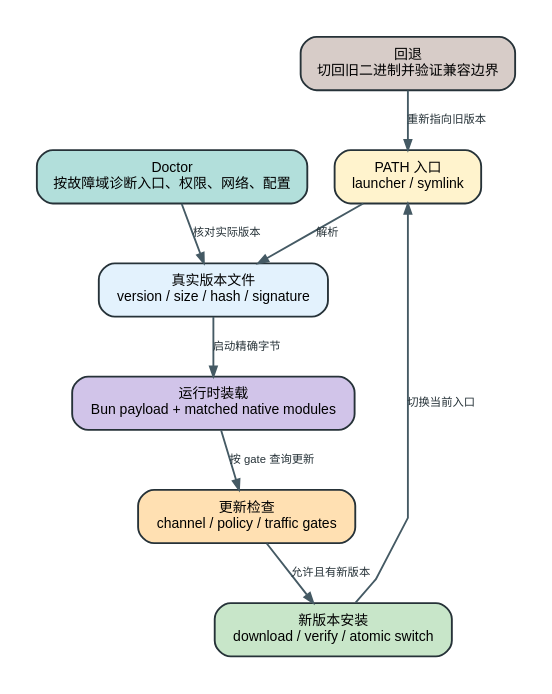
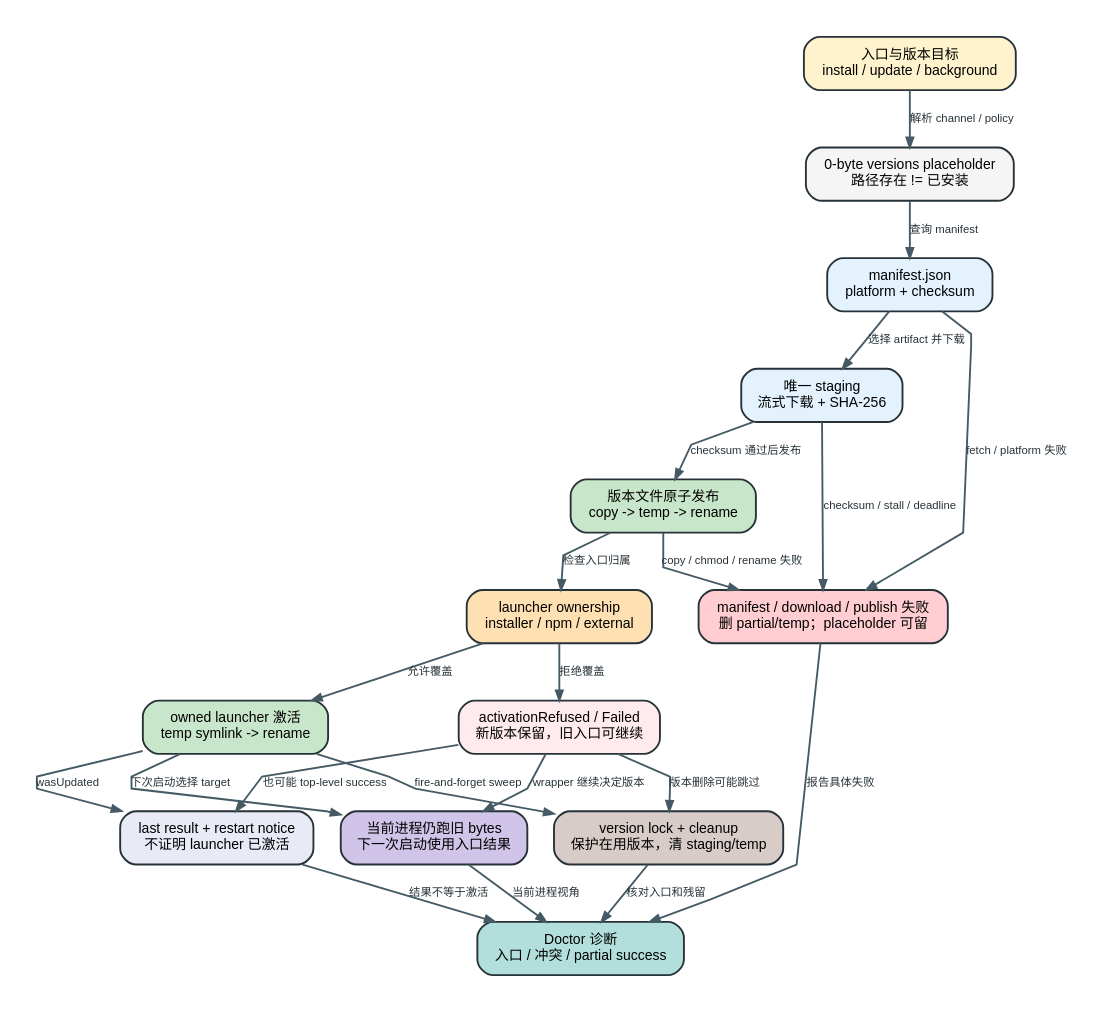
One commit to SwallOwDili/claudecodecli-sourcecode changed the diagram in analysis/visuals/release-lifecycle.dot. Above: the diagram before and after it, drawn with Graphviz. The commit also changed 16 other files, not shown here.

```diff
--- a/analysis/visuals/release-lifecycle.dot
+++ b/analysis/visuals/release-lifecycle.dot
@@ -1,21 +1,40 @@
 digraph release_lifecycle {
-  graph [rankdir=TB, bgcolor="#ffffff", pad="0.28", nodesep="0.28", ranksep="0.48", splines=polyline, fontname="Arial, PingFang SC, Microsoft YaHei"];
+  graph [rankdir=TB, bgcolor="#ffffff", pad="0.28", nodesep="0.28", ranksep="0.46", splines=polyline, fontname="Arial, PingFang SC, Microsoft YaHei"];
   node [shape=box, style="rounded,filled", color="#263238", penwidth=1.4, margin="0.16,0.11", fontname="Arial, PingFang SC, Microsoft YaHei", fontsize=10.5];
   edge [color="#455a64", penwidth=1.4, arrowsize=0.75, fontname="Arial, PingFang SC, Microsoft YaHei", fontsize=8.5, fontcolor="#263238"];
 
-  entry [label="PATH 入口\nlauncher / symlink", fillcolor="#fff3cd"];
-  resolved [label="真实版本文件\nversion / size / hash / signature", fillcolor="#e3f2fd"];
-  run [label="运行时装载\nBun payload + matched native modules", fillcolor="#d1c4e9"];
-  check [label="更新检查\nchannel / policy / traffic gates", fillcolor="#ffe0b2"];
-  install [label="新版本安装\ndownload / verify / atomic switch", fillcolor="#c8e6c9"];
-  doctor [label="Doctor\n按故障域诊断入口、权限、网络、配置", fillcolor="#b2dfdb"];
-  rollback [label="回退\n切回旧二进制并验证兼容边界", fillcolor="#d7ccc8"];
+  entry [label="入口与版本目标\ninstall / update / background", fillcolor="#fff3cd"];
+  placeholder [label="0-byte versions placeholder\n路径存在 != 已安装", fillcolor="#f5f5f5"];
+  manifest [label="manifest.json\nplatform + checksum", fillcolor="#e3f2fd"];
+  staging [label="唯一 staging\n流式下载 + SHA-256", fillcolor="#e3f2fd"];
+  reject [label="manifest / download / publish 失败\n删 partial/temp；placeholder 可留", fillcolor="#ffcdd2"];
+  publish [label="版本文件原子发布\ncopy -> temp -> rename", fillcolor="#c8e6c9"];
+  ownership [label="launcher ownership\ninstaller / npm / external", fillcolor="#ffe0b2"];
+  activate [label="owned launcher 激活\ntemp symlink -> rename", fillcolor="#c8e6c9"];
+  preserve [label="activationRefused / Failed\n新版本保留，旧入口可继续", fillcolor="#ffebee"];
+  running [label="当前进程仍跑旧 bytes\n下一次启动使用入口结果", fillcolor="#d1c4e9"];
+  outcome [label="last result + restart notice\n不证明 launcher 已激活", fillcolor="#e8eaf6"];
+  cleanup [label="version lock + cleanup\n保护在用版本，清 staging/temp", fillcolor="#d7ccc8"];
+  doctor [label="Doctor 诊断\n入口 / 冲突 / partial success", fillcolor="#b2dfdb"];
 
-  entry -> resolved [label="解析"];
-  resolved -> run [label="启动精确字节"];
-  run -> check [label="按 gate 查询更新"];
-  check -> install [label="允许且有新版本"];
-  install -> entry [label="切换当前入口"];
-  doctor -> resolved [label="核对实际版本"];
-  rollback -> entry [label="重新指向旧版本"];
+  entry -> placeholder [label="解析 channel / policy"];
+  placeholder -> manifest [label="查询 manifest"];
+  manifest -> staging [label="选择 artifact 并下载"];
+  manifest -> reject [label="fetch / platform 失败"];
+  staging -> reject [label="checksum / stall / deadline"];
+  staging -> publish [label="checksum 通过后发布"];
+  publish -> reject [label="copy / chmod / rename 失败"];
+  publish -> ownership [label="检查入口归属"];
+  ownership -> activate [label="允许覆盖"];
+  ownership -> preserve [label="拒绝覆盖"];
+  activate -> running [label="下次启动选择 target"];
+  preserve -> running [label="wrapper 继续决定版本"];
+  activate -> outcome [label="wasUpdated"];
+  preserve -> outcome [label="也可能 top-level success"];
+  activate -> cleanup [label="fire-and-forget sweep"];
+  preserve -> cleanup [label="版本删除可能跳过"];
+  running -> doctor [label="当前进程视角"];
+  outcome -> doctor [label="结果不等于激活"];
+  cleanup -> doctor [label="核对入口和残留"];
+  reject -> doctor [label="报告具体失败"];
 }
```
